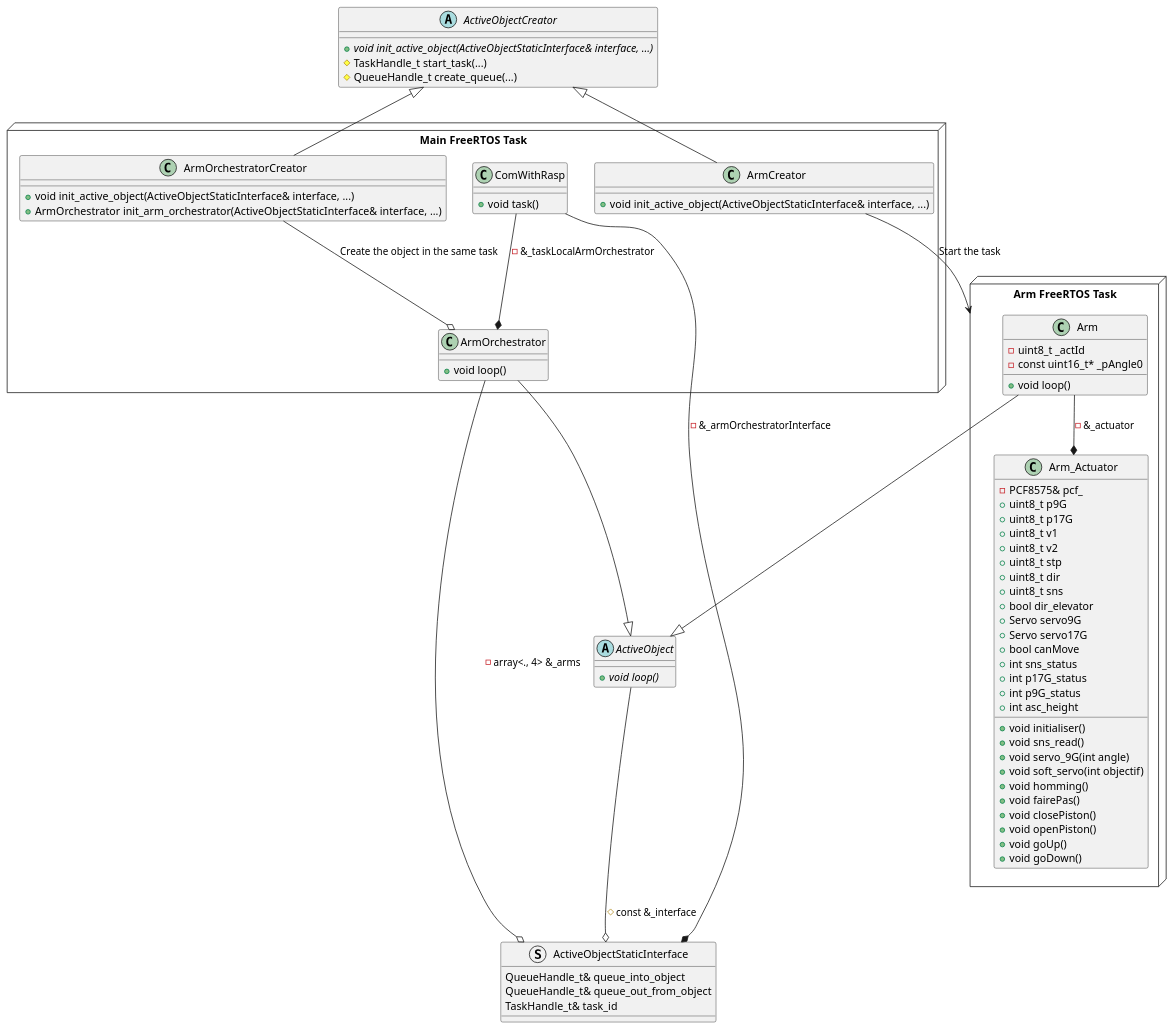
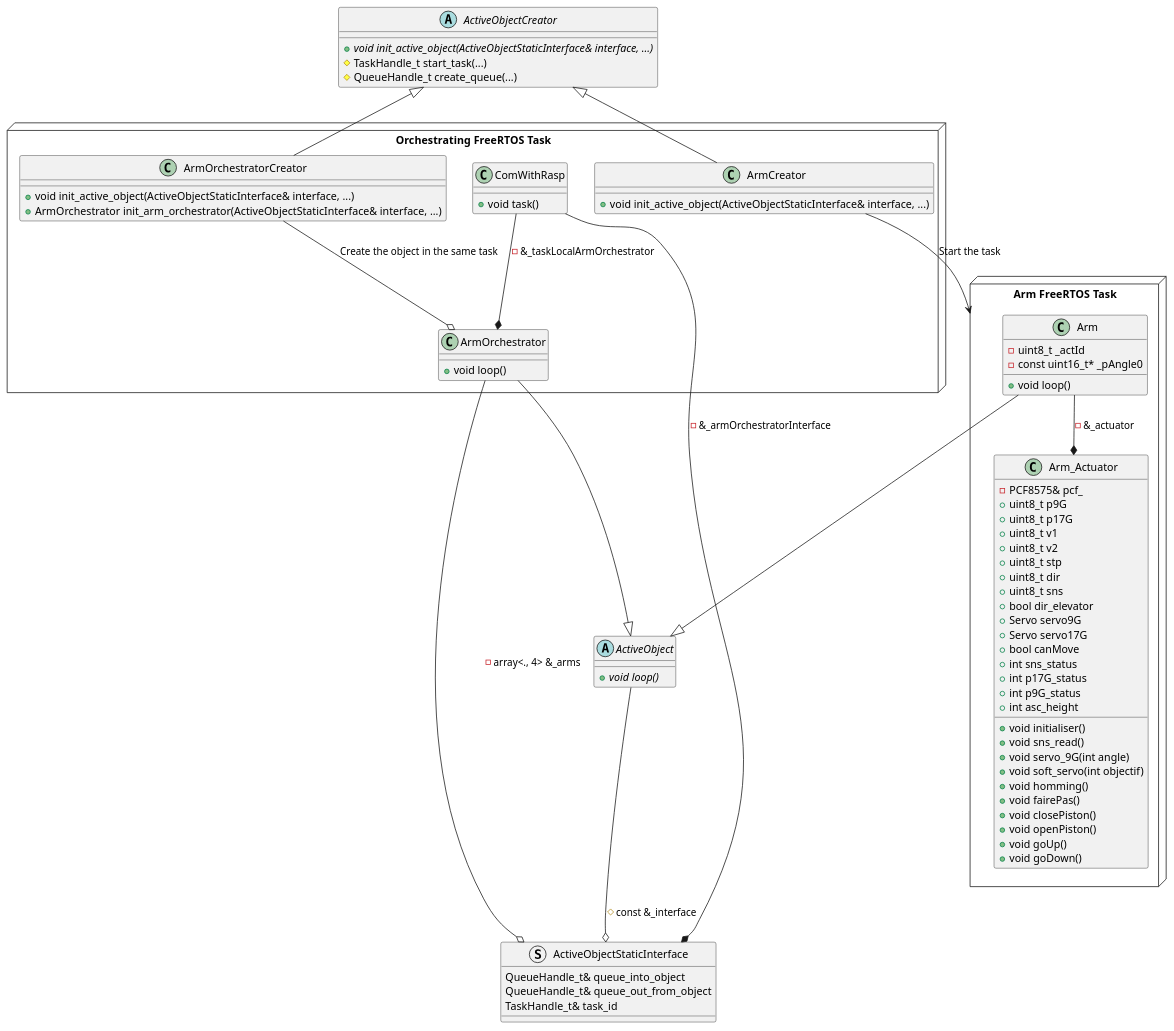
The diagram in embedded/docs/arch.puml (eirbot/stk_robot), drawn with PlantUML before and after one commit. The commit also changed 2 other files, not shown here.

Commit message:
fix: main_actionner with all the tasks

```diff
--- a/embedded/docs/arch.puml
+++ b/embedded/docs/arch.puml
@@ -1,95 +1,95 @@
 @startuml
 ' TODO: set the attributes that relates to other classes
 ' https://plantuml.com/class-diagram#631c2725deb35a73
 
 struct ActiveObjectStaticInterface {
 	QueueHandle_t& queue_into_object
 	QueueHandle_t& queue_out_from_object
 	TaskHandle_t& task_id
 }
 
 abstract class ActiveObject {
 	+ {abstract} void loop()
 }
 
 ActiveObject --o ActiveObjectStaticInterface : # const &_interface
 package "Arm FreeRTOS Task" <<Node>> {
 	class Arm {
 		- uint8_t _actId
 		- const uint16_t* _pAngle0
 		+ void loop()
 	}
 
 	class Arm_Actuator {
 		+ void initialiser()
 		+ void sns_read()
 		+ void servo_9G(int angle)
 		+ void soft_servo(int objectif)
 		+ void homming()
 		+ void fairePas()
 		+ void closePiston()
 		+ void openPiston()
 		+ void goUp()
 		+ void goDown()
 
 		- PCF8575& pcf_
 		+ uint8_t p9G
 		+ uint8_t p17G
 		+ uint8_t v1
 		+ uint8_t v2
 		+ uint8_t stp
 		+ uint8_t dir
 		+ uint8_t sns
 		+ bool dir_elevator
 		+ Servo servo9G
 		+ Servo servo17G
 		+ bool canMove
 		+ int sns_status
 		+ int p17G_status
 		+ int p9G_status
 		+ int asc_height
 	}
 }
 
 Arm --* Arm_Actuator : - &_actuator
 
 Arm --|> ActiveObject
 
 abstract class ActiveObjectCreator {
     + {abstract} void init_active_object(ActiveObjectStaticInterface& interface, ...) 
 	# TaskHandle_t start_task(...)
 	# QueueHandle_t create_queue(...)
 }
 
-package "Main FreeRTOS Task" <<Node>> {
+package "Orchestrating FreeRTOS Task" <<Node>> {
 	class ArmCreator {
 	    + void init_active_object(ActiveObjectStaticInterface& interface, ...) 
 	}
 	ArmCreator -up-|> ActiveObjectCreator
 	ArmCreator --> "Arm FreeRTOS Task" : "Start the task"
 
 	class ArmOrchestrator {
 		+ void loop()
 	}
 
 	ArmOrchestrator --o ActiveObjectStaticInterface : - array<., 4> &_arms
 
 	ArmOrchestrator --|> ActiveObject
 
 	class ArmOrchestratorCreator {
 		+ void init_active_object(ActiveObjectStaticInterface& interface, ...) 
 		+ ArmOrchestrator init_arm_orchestrator(ActiveObjectStaticInterface& interface, ...) 
 	}
 
 	ArmOrchestratorCreator -up-|> ActiveObjectCreator
 	ArmOrchestratorCreator --o ArmOrchestrator : Create the object in the same task 
 
 	class ComWithRasp {
 		+ void task()
 	}
 
     ComWithRasp --* ArmOrchestrator : - &_taskLocalArmOrchestrator
     ComWithRasp --* ActiveObjectStaticInterface : - &_armOrchestratorInterface
 }
 
 @enduml
```
